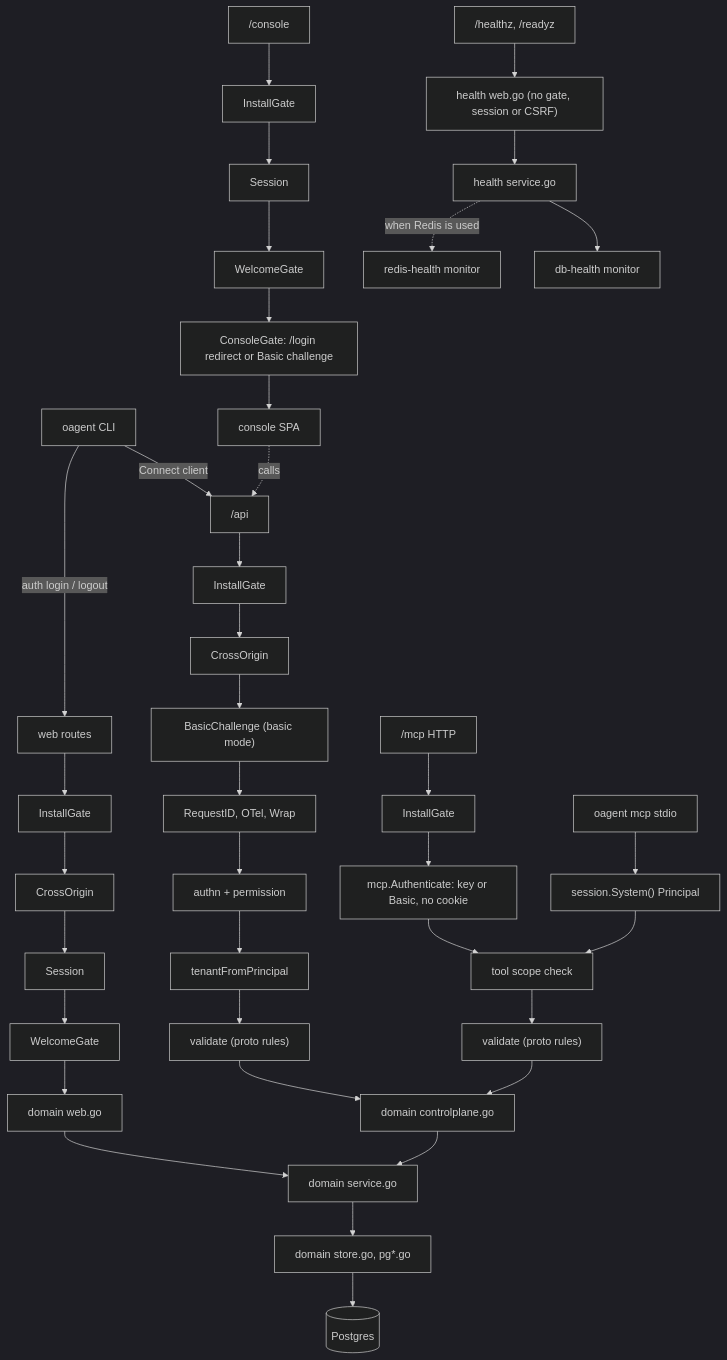
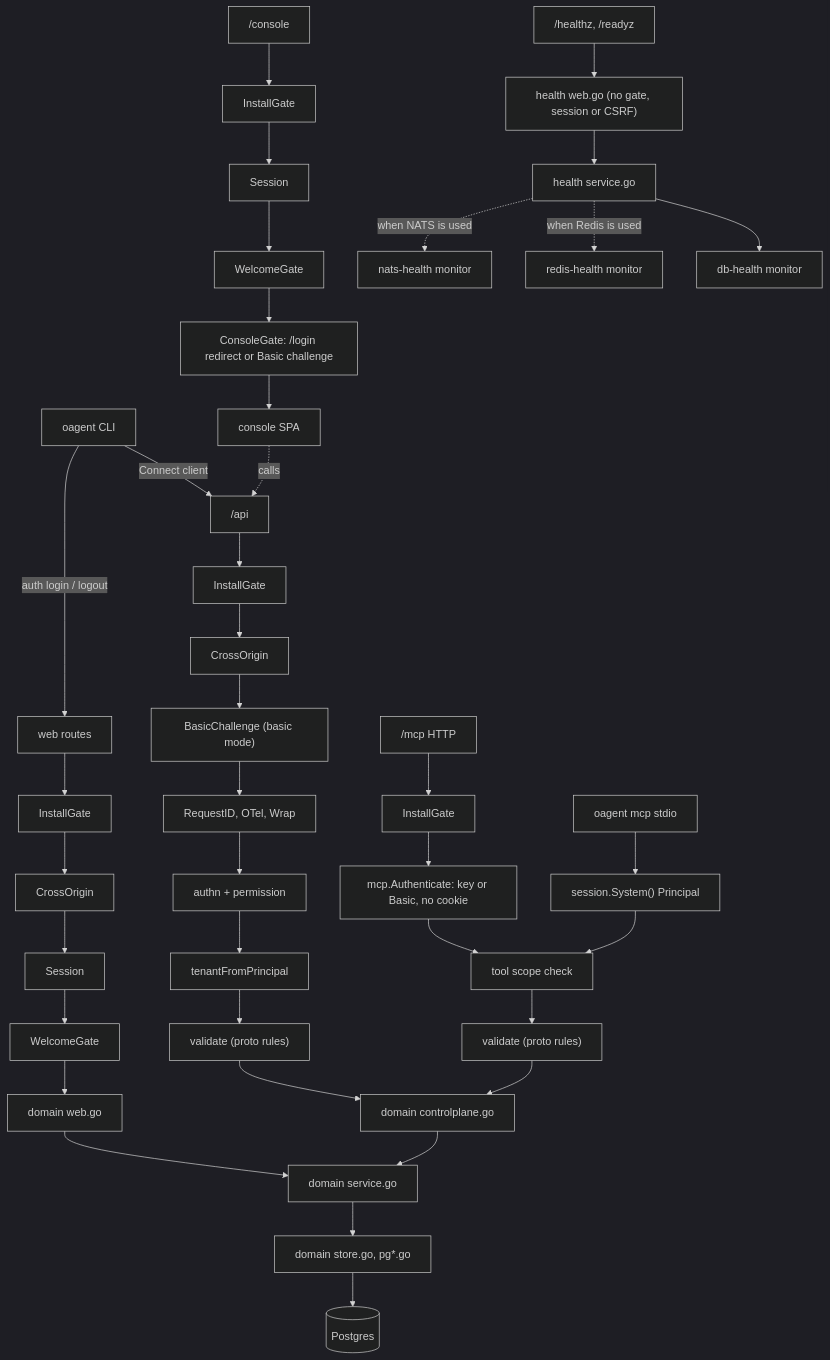
The second of 3 diagrams in internal/boot/README.md (altalune-id/oagent), drawn with Mermaid (dark theme) before and after one commit. The commit also changed other lines of this file and 40 other files, not shown here.

````diff
--- a/internal/boot/README.md
+++ b/internal/boot/README.md
@@ -45,17 +47,18 @@
 ```mermaid
 flowchart TD
     CLI["oagent CLI"] -- Connect client --> API
     CLI -- "auth login / logout" --> WEB
     API["/api"] --> G1[InstallGate] --> C1[CrossOrigin] --> B1["BasicChallenge (basic mode)"] --> I1["RequestID, OTel, Wrap"] --> I2["authn + permission"] --> I3[tenantFromPrincipal] --> V1["validate (proto rules)"] --> DC
     WEB["web routes"] --> G2[InstallGate] --> C2[CrossOrigin] --> S2[Session] --> W2[WelcomeGate] --> DW
     CON["/console"] --> G3[InstallGate] --> S3[Session] --> W3[WelcomeGate] --> CG3["ConsoleGate: /login redirect or Basic challenge"] --> SPA[console SPA]
     SPA -. calls .-> API
     MCPH["/mcp HTTP"] --> G4[InstallGate] --> A4["mcp.Authenticate: key or Basic, no cookie"] --> T4["tool scope check"] --> V4["validate (proto rules)"] --> DC
     MCPS["oagent mcp stdio"] --> SYS["session.System() Principal"] --> T4
     LB["/healthz, /readyz"] --> HW["health web.go (no gate, session or CSRF)"] --> HS["health service.go"] --> DBH["db-health monitor"]
     HS -. "when Redis is used" .-> RDH["redis-health monitor"]
+    HS -. "when NATS is used" .-> NAH["nats-health monitor"]
 
     DC["domain controlplane.go"] --> SVC["domain service.go"]
     DW["domain web.go"] --> SVC
     SVC --> ST["domain store.go, pg*.go"] --> PG[(Postgres)]
 ```
````
